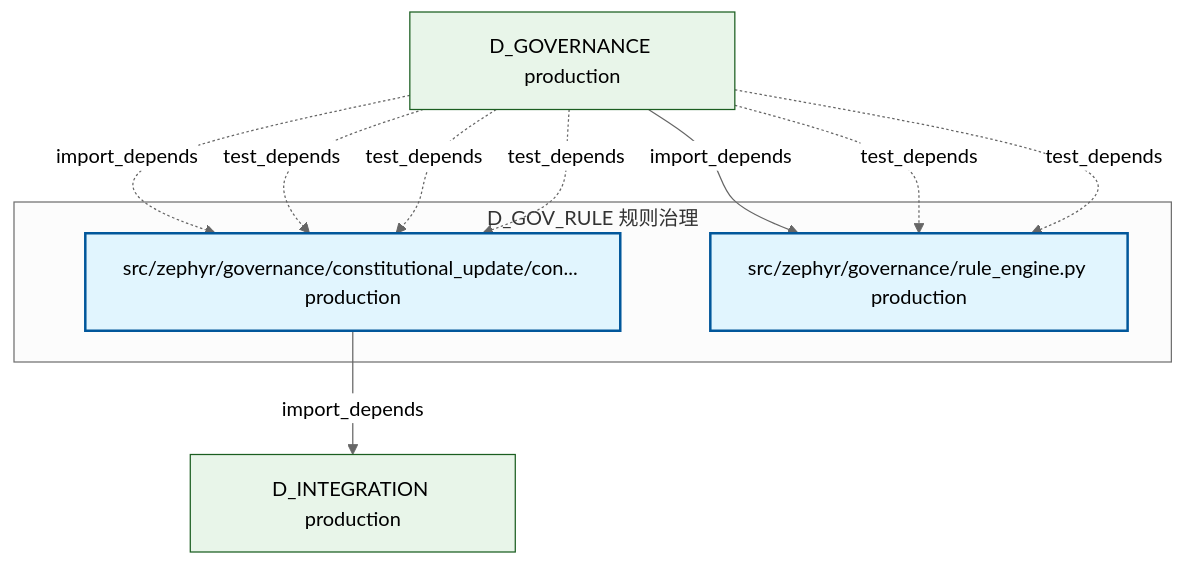
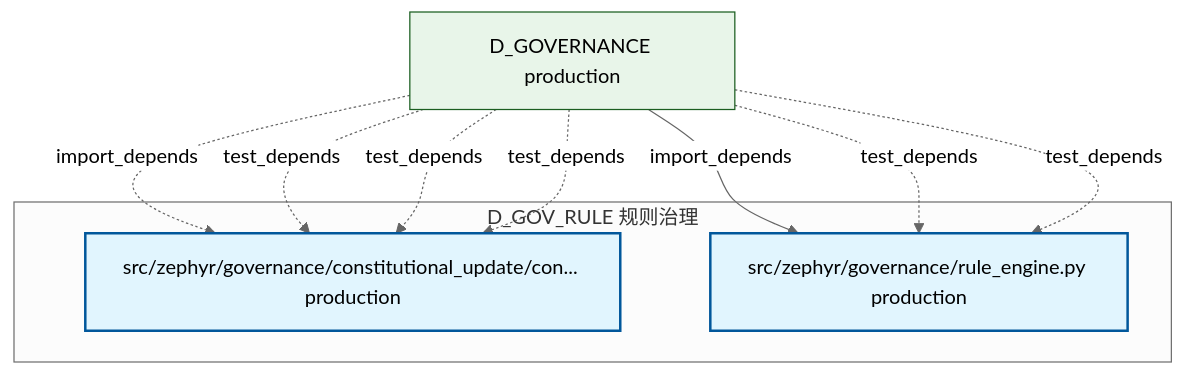
The diagram in docs/02_enterprise_architecture/02_domain_architecture_docs/38_d_gov_rule.md (xuanFelixVan/ZephyrAlpha), drawn with Mermaid (neutral theme) before and after one commit. The commit also changed other lines of this file and 105 other files, not shown here.

````diff
--- a/docs/02_enterprise_architecture/02_domain_architecture_docs/38_d_gov_rule.md
+++ b/docs/02_enterprise_architecture/02_domain_architecture_docs/38_d_gov_rule.md
@@ -47,23 +47,21 @@
 ```mermaid
 graph TD
     subgraph D_GOV_RULE["D_GOV_RULE 规则治理"]
         src_zephyr_governance_constitutional_update_constitutional_update_py["src/zephyr/governance/constitutional_update/con... production"]
         src_zephyr_governance_rule_engine_py["src/zephyr/governance/rule_engine.py production"]
     end
-    D_INTEGRATION["D_INTEGRATION production"]
-    src_zephyr_governance_constitutional_update_constitutional_update_py -->|import_depends| D_INTEGRATION
     D_GOVERNANCE["D_GOVERNANCE production"]
     D_GOVERNANCE -->|import_depends| src_zephyr_governance_rule_engine_py
     D_GOVERNANCE -.->|test_depends| src_zephyr_governance_rule_engine_py
     D_GOVERNANCE -.->|test_depends| src_zephyr_governance_rule_engine_py
     D_GOVERNANCE -.->|import_depends| src_zephyr_governance_constitutional_update_constitutional_update_py
     D_GOVERNANCE -.->|test_depends| src_zephyr_governance_constitutional_update_constitutional_update_py
     D_GOVERNANCE -.->|test_depends| src_zephyr_governance_constitutional_update_constitutional_update_py
     D_GOVERNANCE -.->|test_depends| src_zephyr_governance_constitutional_update_constitutional_update_py
     classDef production fill:#e1f5fe,stroke:#01579b,stroke-width:2px,color:#000
     classDef design fill:#fff3e0,stroke:#e65100,stroke-width:2px,color:#000,stroke-dasharray: 5 5
     classDef external_prod fill:#e8f5e9,stroke:#1b5e20,stroke-width:1px,color:#000
     classDef external_design fill:#fce4ec,stroke:#880e4f,stroke-width:1px,color:#000,stroke-dasharray: 5 5
     class src_zephyr_governance_constitutional_update_constitutional_update_py,src_zephyr_governance_rule_engine_py production
-    class D_INTEGRATION,D_GOVERNANCE external_prod
+    class D_GOVERNANCE external_prod
 ```
````
